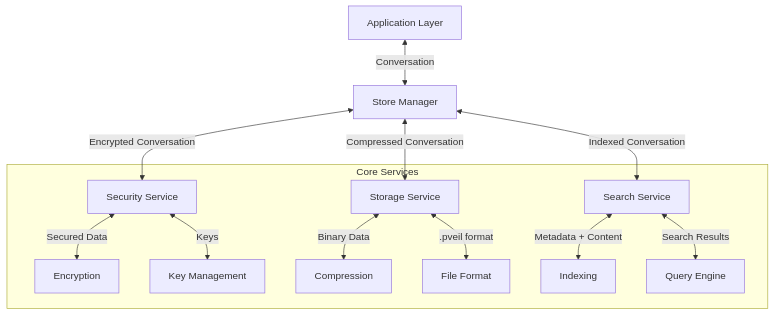
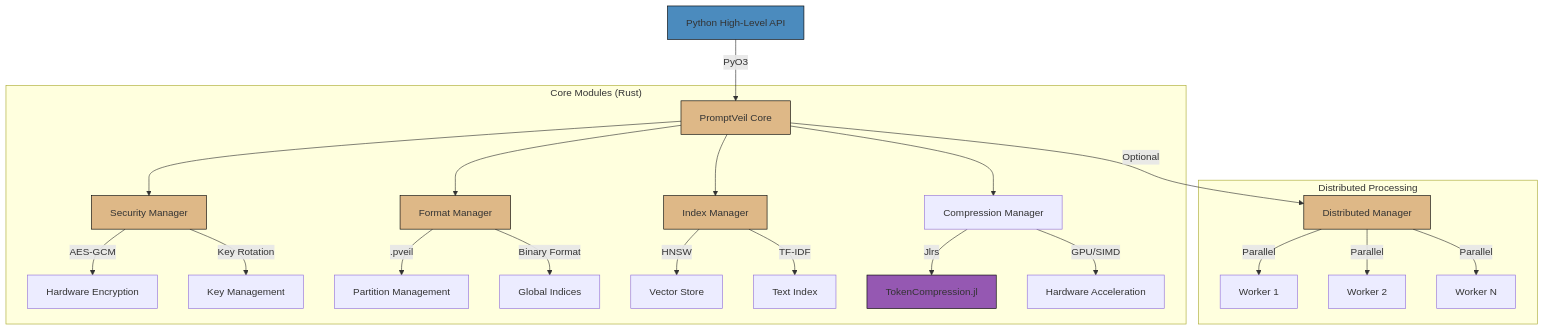
The diagram in README.md (PromptVeil/PromptVeil), drawn with Mermaid before and after one commit. The commit also changed other lines of this file and 78 other files, not shown here.

Commit message:
Sync all changes: finished modules format, index, rust high level api (promptveil-core)

````diff
--- a/README.md
+++ b/README.md
@@ -160,22 +188,38 @@
 ```mermaid
 graph TD
-    A[Application Layer] <-->|Conversation| B[Store Manager]
+    A[Python High-Level API] -->|PyO3| B[PromptVeil Core]
     
-    B <-->|Encrypted Conversation| C[Security Service]
-    B <-->|Compressed Conversation| D[Storage Service]
-    B <-->|Indexed Conversation| E[Search Service]
+    subgraph "Core Modules (Rust)"
+        B --> C[Security Manager]
+        B --> D[Format Manager]
+        B --> E[Index Manager]
+        B --> F[Compression Manager]
+        
+        C -->|AES-GCM| C1[Hardware Encryption]
+        C -->|Key Rotation| C2[Key Management]
+        
+        D -->|.pveil| D1[Partition Management]
+        D -->|Binary Format| D2[Global Indices]
+        
+        E -->|HNSW| E1[Vector Store]
+        E -->|TF-IDF| E2[Text Index]
+        
+        F -->|Jlrs| F1[TokenCompression.jl]
+        F -->|GPU/SIMD| F2[Hardware Acceleration]
+    end
     
-    subgraph Core Services
-        C <-->|Secured Data| C1[Encryption]
-        C <-->|Keys| C2[Key Management]
-        
-        D <-->|Binary Data| D1[Compression]
-        D <-->|.pveil format| D2[File Format]
-        
-        E <-->|Metadata + Content| E1[Indexing]
-        E <-->|Search Results| E2[Query Engine]
+    subgraph "Distributed Processing"
+        B -->|Optional| G[Distributed Manager]
+        G -->|Parallel| G1[Worker 1]
+        G -->|Parallel| G2[Worker 2]
+        G -->|Parallel| G3[Worker N]
     end
 
-    classDef entity fill:#f9f,stroke:#333,stroke-width:2px;
-    class Conversation entity;
+    classDef rust fill:#deb887,stroke:#000;
+    classDef julia fill:#9558b2,stroke:#000;
+    classDef python fill:#4b8bbe,stroke:#000;
+    
+    class A python;
+    class B,C,D,E,G rust;
+    class F1 julia;
 ```
````
